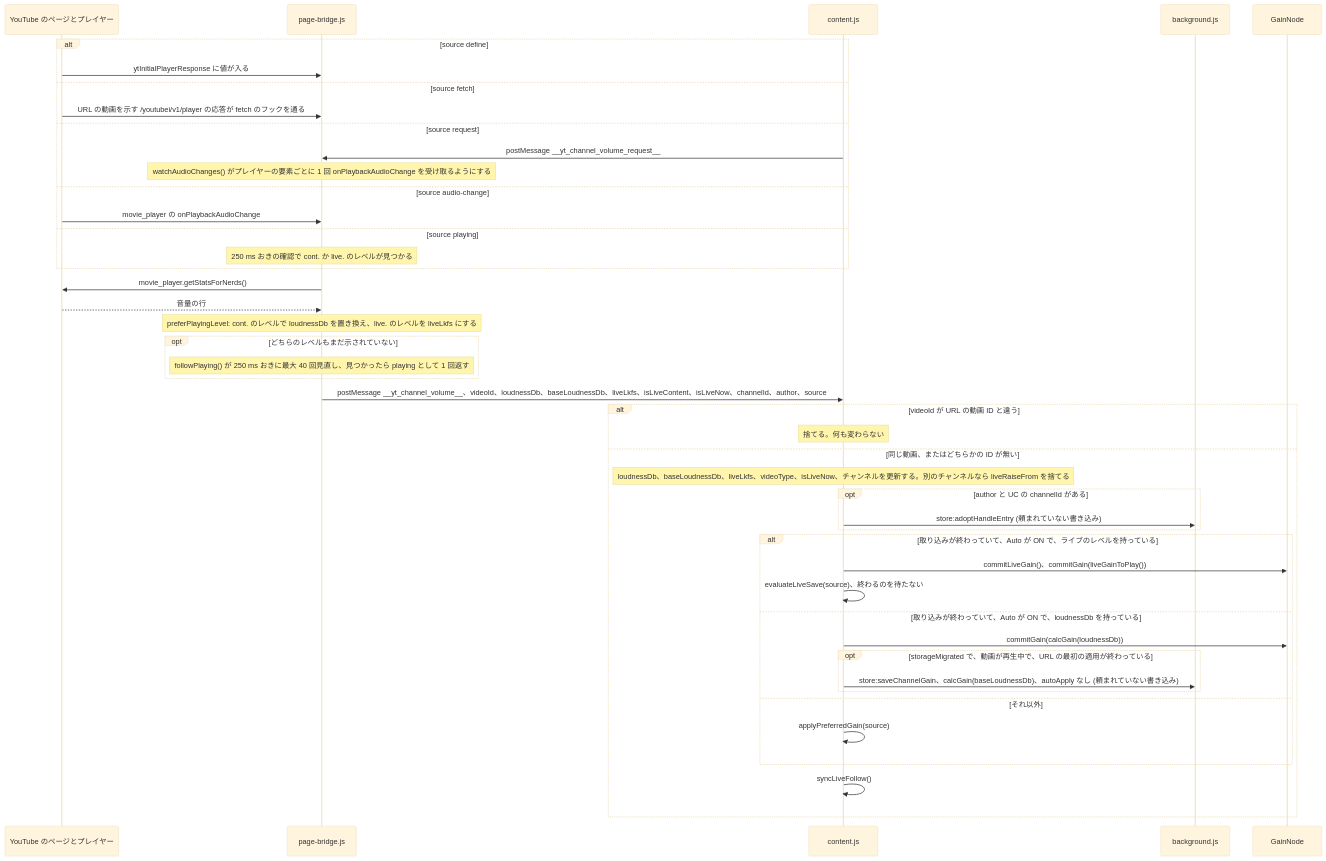
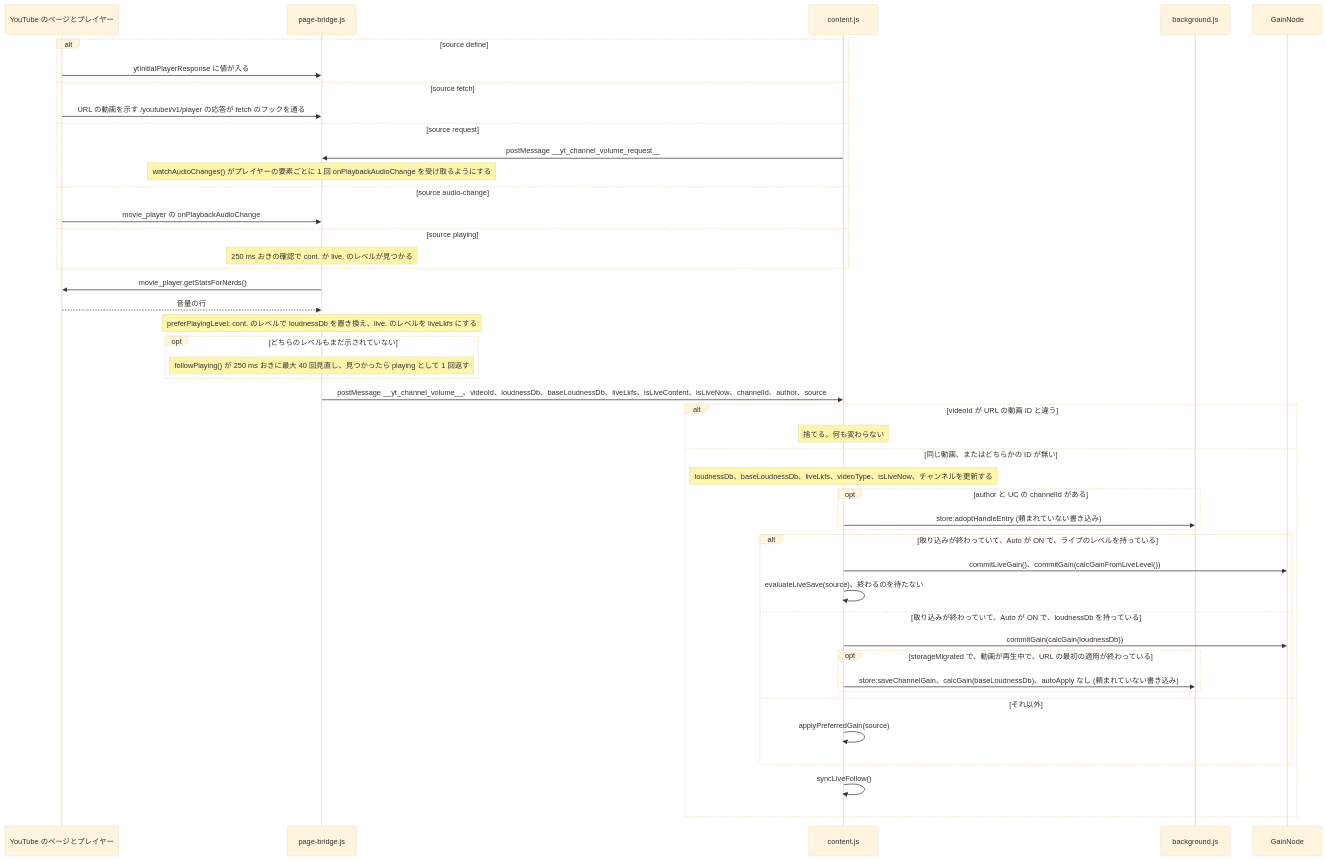
The eighth of 14 diagrams in docs/gain-change-and-save.ja.md (semnil/yt-channel-volume), drawn with Mermaid (base theme) before and after one commit. The commit also changed other lines of this file and 4 other files, not shown here.

Commit message:
docs: describe the live follow as playing the gain the level asks for every second

````diff
--- a/docs/gain-change-and-save.ja.md
+++ b/docs/gain-change-and-save.ja.md
@@ -404,47 +403,47 @@
 ```mermaid
 sequenceDiagram
   participant Y as YouTube のページとプレイヤー
   participant B as page-bridge.js
   participant C as content.js
   participant W as background.js
   participant G as GainNode
   alt source define
     Y->>B: ytInitialPlayerResponse に値が入る
   else source fetch
     Y->>B: URL の動画を示す /youtubei/v1/player の応答が fetch のフックを通る
   else source request
     C->>B: postMessage __yt_channel_volume_request__
     Note over B: watchAudioChanges() がプレイヤーの要素ごとに 1 回 onPlaybackAudioChange を受け取るようにする
   else source audio-change
     Y->>B: movie_player の onPlaybackAudioChange
   else source playing
     Note over B: 250 ms おきの確認で cont. か live. のレベルが見つかる
   end
   B->>Y: movie_player.getStatsForNerds()
   Y-->>B: 音量の行
   Note over B: preferPlayingLevel: cont. のレベルで loudnessDb を置き換え、live. のレベルを liveLkfs にする
   opt どちらのレベルもまだ示されていない
     Note over B: followPlaying() が 250 ms おきに最大 40 回見直し、見つかったら playing として 1 回返す
   end
   B->>C: postMessage __yt_channel_volume__、videoId、loudnessDb、baseLoudnessDb、liveLkfs、isLiveContent、isLiveNow、channelId、author、source
   alt videoId が URL の動画 ID と違う
     Note over C: 捨てる。何も変わらない
   else 同じ動画、またはどちらかの ID が無い
-    Note over C: loudnessDb、baseLoudnessDb、liveLkfs、videoType、isLiveNow、チャンネルを更新する。別のチャンネルなら liveRaiseFrom を捨てる
+    Note over C: loudnessDb、baseLoudnessDb、liveLkfs、videoType、isLiveNow、チャンネルを更新する
     opt author と UC の channelId がある
       C->>W: store:adoptHandleEntry (頼まれていない書き込み)
     end
     alt 取り込みが終わっていて、Auto が ON で、ライブのレベルを持っている
-      C->>G: commitLiveGain()、commitGain(liveGainToPlay())
+      C->>G: commitLiveGain()、commitGain(calcGainFromLiveLevel())
       C->>C: evaluateLiveSave(source)、終わるのを待たない
     else 取り込みが終わっていて、Auto が ON で、loudnessDb を持っている
       C->>G: commitGain(calcGain(loudnessDb))
       opt storageMigrated で、動画が再生中で、URL の最初の適用が終わっている
         C->>W: store:saveChannelGain、calcGain(baseLoudnessDb)、autoApply なし (頼まれていない書き込み)
       end
     else それ以外
       C->>C: applyPreferredGain(source)
     end
     C->>C: syncLiveFollow()
   end
 ```
````
